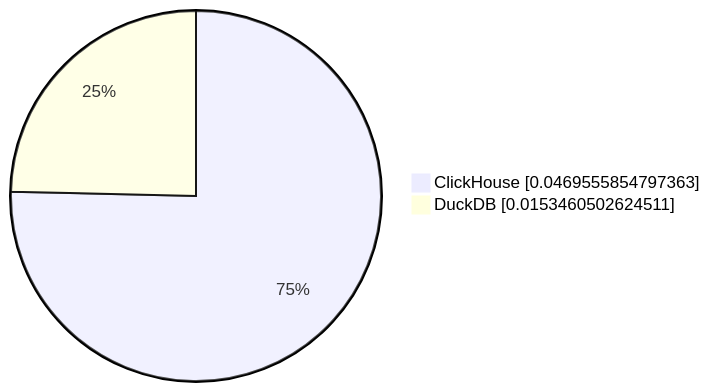
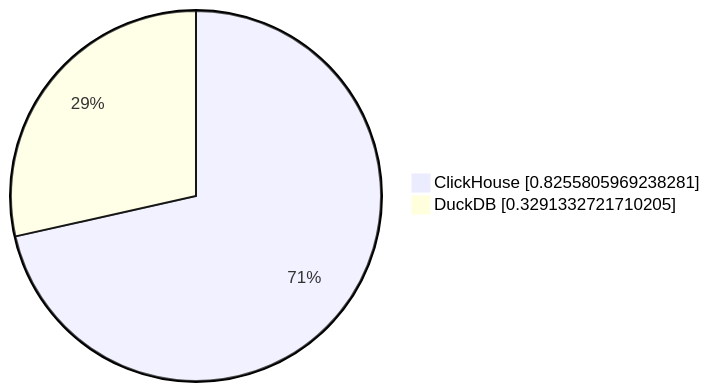
The sixth of 10 diagrams in parquet/performance/results/README.md (Altinity/clickhouse-regression), drawn with Mermaid before and after one commit. The commit also changed other lines of this file and 4 other files, not shown here.

````diff
--- a/parquet/performance/results/README.md
+++ b/parquet/performance/results/README.md
@@ -58,5 +60,5 @@
 ```mermaid
      pie showData
-         "ClickHouse" : 0.0469555854797363
-         "DuckDB" : 0.0153460502624511
+         "ClickHouse" : 0.8255805969238281
+         "DuckDB" : 0.3291332721710205
 ```
````
